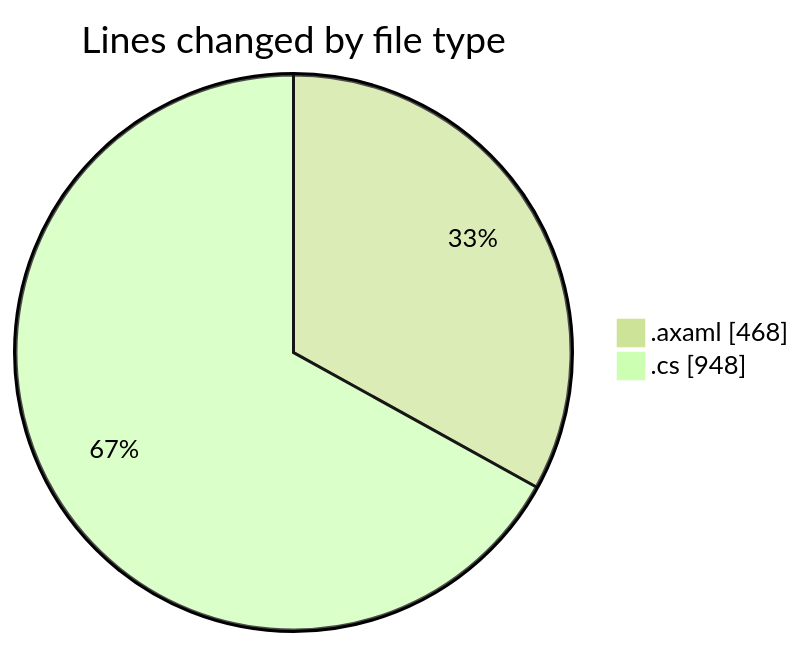
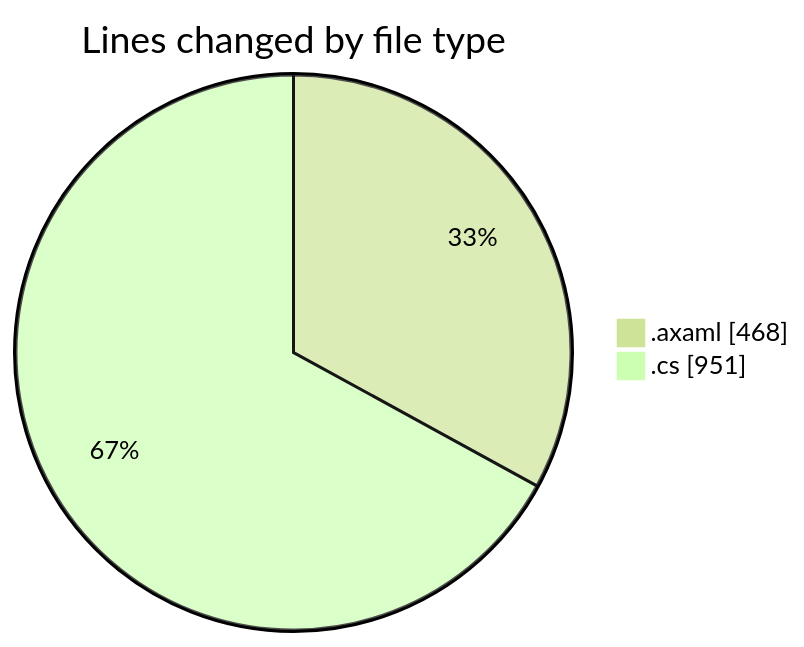
Before and after one commit to Netris89/code-tracking: the first of 2 diagrams in 2025-11-01/skintrack/README.md, drawn with Mermaid (forest theme). The commit also changed other lines of this file and 1 other file, not shown here.

````diff
--- a/2025-11-01/skintrack/README.md
+++ b/2025-11-01/skintrack/README.md
@@ -26,6 +26,6 @@
 ```mermaid
 pie showData
 title Lines changed by file type
 ".axaml" : 468
-".cs" : 948
+".cs" : 951
 ```
````
